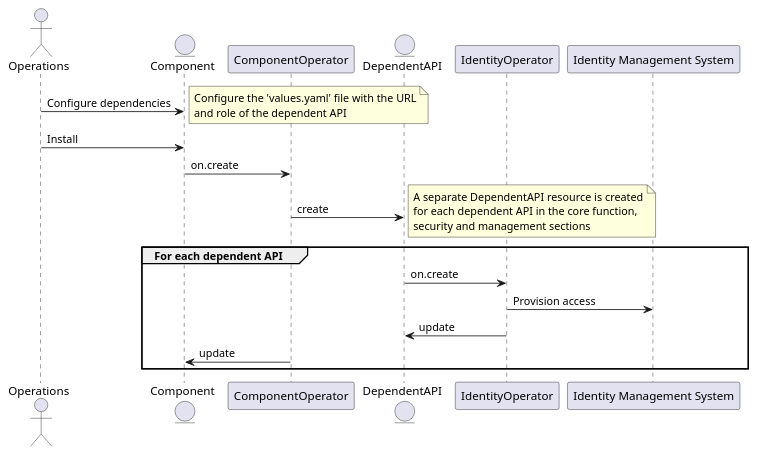
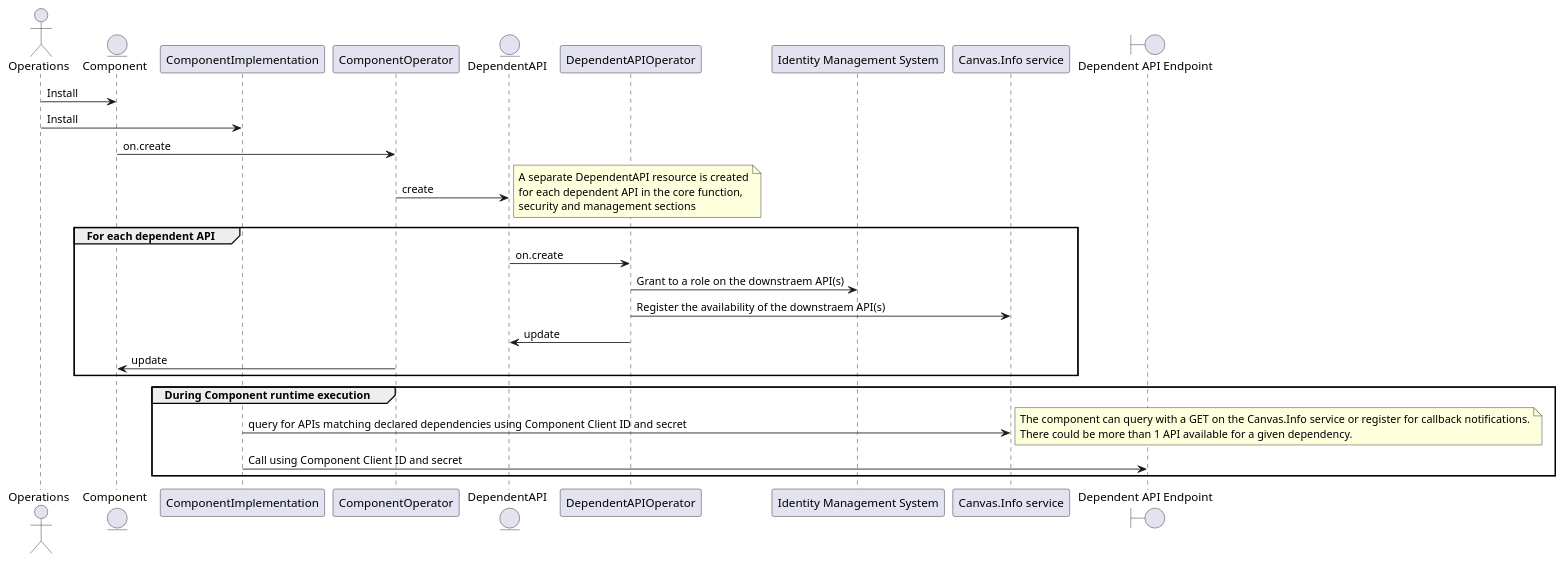
Before and after one commit to tmforum-oda/oda-canvas: the diagram in usecase-library/pumlFiles/discover-dependent-API.puml, drawn with PlantUML. The commit also changed 1 other file, not shown here.

Commit message:
Updated the Dependent API usecase

```diff
--- a/usecase-library/pumlFiles/discover-dependent-API.puml
+++ b/usecase-library/pumlFiles/discover-dependent-API.puml
@@ -1,28 +1,39 @@
 @startuml
 
 actor Operations
 entity Component
+participant ComponentImplementation
 participant ComponentOperator
 entity DependentAPI
-Component <- Operations : Configure dependencies
-note right
-    Configure the 'values.yaml' file with the URL
-    and role of the dependent API
-end note
-Component <- Operations : Install
+participant DependentAPIOperator
+participant "Identity Management System"
+participant "Canvas.Info service"
+boundary "Dependent API Endpoint"
+
+
+Operations -> Component : Install
+Operations -> ComponentImplementation : Install
 Component -> ComponentOperator: on.create 
 ComponentOperator -> DependentAPI: create
 note right
     A separate DependentAPI resource is created
     for each dependent API in the core function,
     security and management sections
 end note
 group For each dependent API
-    DependentAPI -> IdentityOperator: on.create
-    IdentityOperator -> "Identity Management System" : Provision access
-    DependentAPI <- IdentityOperator: update
+    DependentAPI -> DependentAPIOperator: on.create
+    DependentAPIOperator -> "Identity Management System" : Grant to a role on the downstraem API(s)
+    DependentAPIOperator -> "Canvas.Info service" : Register the availability of the downstraem API(s)
+    DependentAPI <- DependentAPIOperator: update
     Component <- ComponentOperator: update 
 end
+group During Component runtime execution
+    ComponentImplementation -> "Canvas.Info service": query for APIs matching declared dependencies using Component Client ID and secret
+    note right
+        The component can query with a GET on the Canvas.Info service or register for callback notifications.
+        There could be more than 1 API available for a given dependency.
+    end note
+    ComponentImplementation -> "Dependent API Endpoint": Call using Component Client ID and secret
 
-
+end
 @enduml
```
